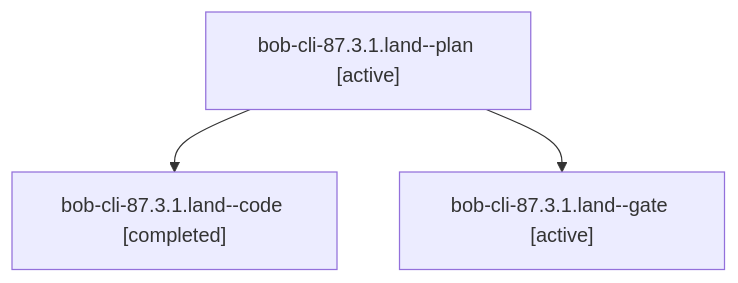
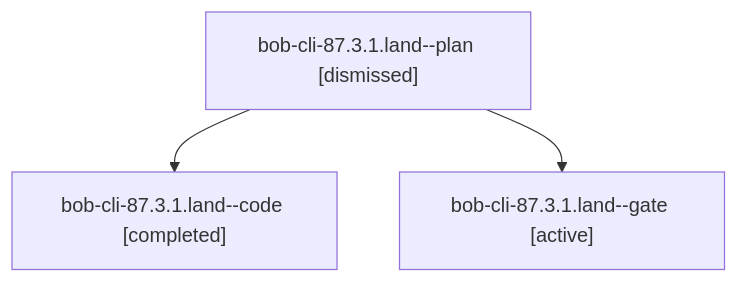
The diagram in sessions/bbugyi200.athena.bob-cli-87.3.1.land.md (bobs-org/bob-cli--agents), drawn with Mermaid before and after one commit. The commit also changed other lines of this file and 210 other files, not shown here.

````diff
--- a/sessions/bbugyi200.athena.bob-cli-87.3.1.land.md
+++ b/sessions/bbugyi200.athena.bob-cli-87.3.1.land.md
@@ -9,8 +9,8 @@
 ```mermaid
 flowchart TD
-  n0["bob-cli-87.3.1.land--plan [active]"]
+  n0["bob-cli-87.3.1.land--plan [dismissed]"]
   n1["bob-cli-87.3.1.land--code [completed]"]
   n0 --> n1
   n2["bob-cli-87.3.1.land--gate [active]"]
   n0 --> n2
 ```
````
